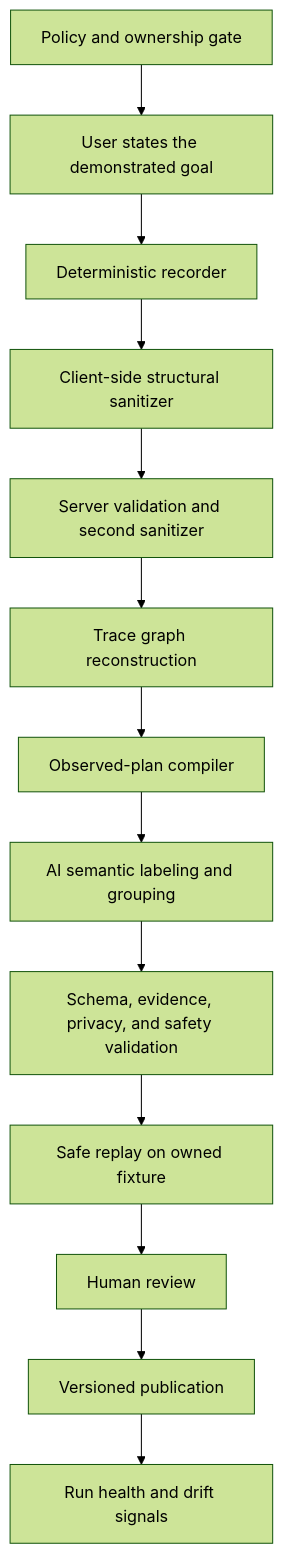
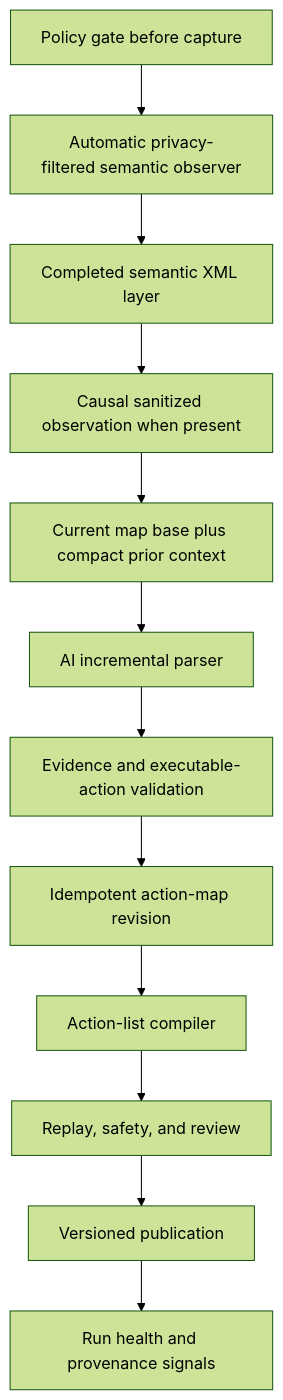
Before and after one commit to yohanc3/webmcp-automator: the second of 2 diagrams in documentation/mvp-system-contract.md, drawn with Mermaid (forest theme). The commit also changed other lines of this file and 19 other files, not shown here.

````diff
--- a/documentation/mvp-system-contract.md
+++ b/documentation/mvp-system-contract.md
@@ -317,15 +327,14 @@
 ```mermaid
 flowchart TD
-  G[Policy and ownership gate] --> I[User states the demonstrated goal]
-  I --> R[Deterministic recorder]
-  R --> L[Client-side structural sanitizer]
-  L --> V[Server validation and second sanitizer]
-  V --> X[Trace graph reconstruction]
-  X --> C[Observed-plan compiler]
-  C --> S[AI semantic labeling and grouping]
-  S --> Q[Schema, evidence, privacy, and safety validation]
-  Q --> P[Safe replay on owned fixture]
-  P --> H[Human review]
-  H --> U[Versioned publication]
-  U --> M[Run health and drift signals]
+  G[Policy gate before capture] --> R[Automatic privacy-filtered semantic observer]
+  R --> L[Completed semantic XML layer]
+  L --> O[Causal sanitized observation when present]
+  O --> C[Current map base plus compact prior context]
+  C --> P[AI incremental parser]
+  P --> Q[Evidence and executable-action validation]
+  Q --> A[Idempotent action-map revision]
+  A --> X[Action-list compiler]
+  X --> V[Replay, safety, and review]
+  V --> U[Versioned publication]
+  U --> M[Run health and provenance signals]
 ```
````
